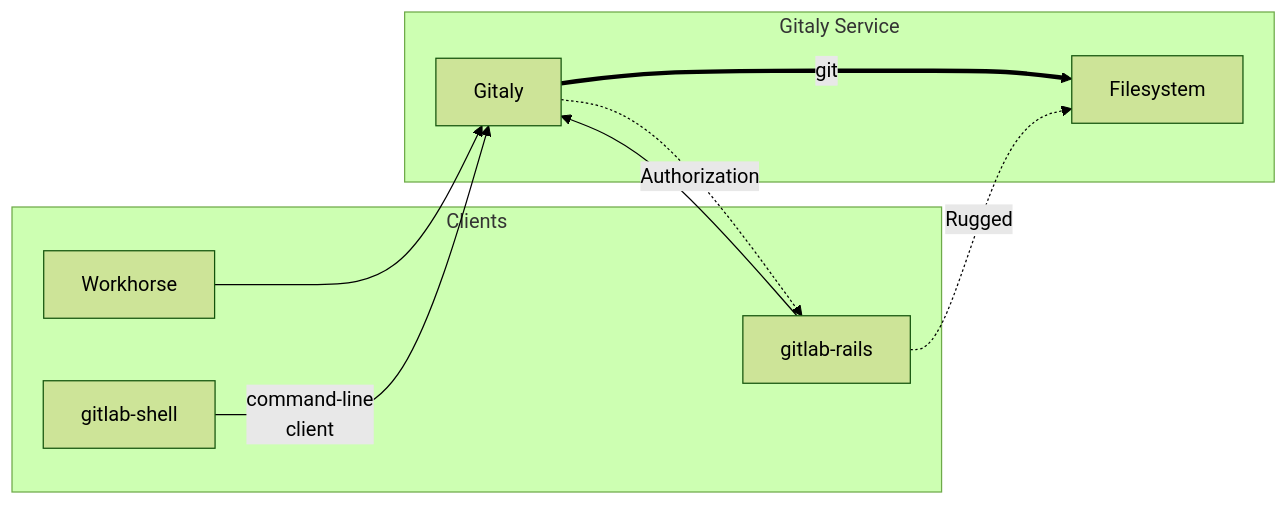
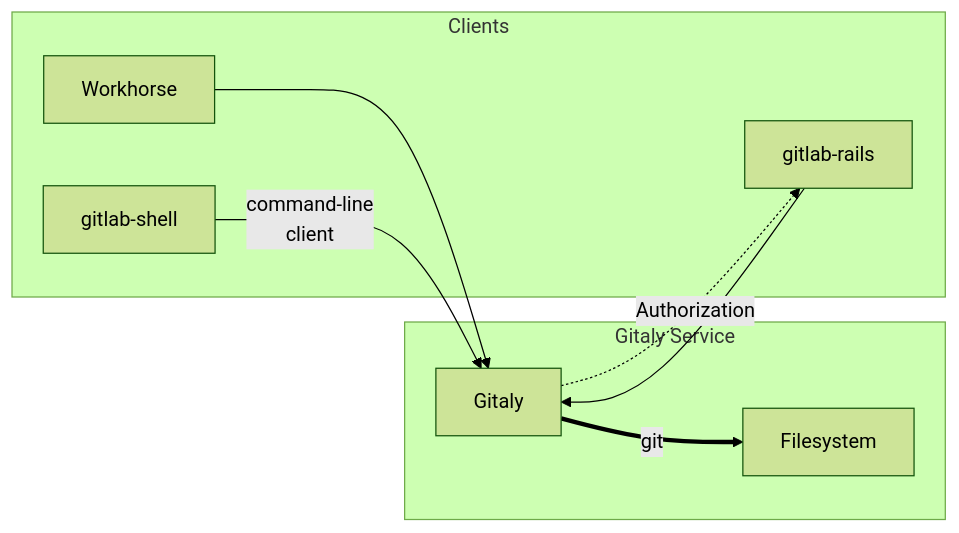
Before and after one commit to qeesung/gitaly: the first of 2 diagrams in README.md, drawn with Mermaid (forest theme). The commit also changed other lines of this file, not shown here.

Commit message:
Remove references to Rugged in README.md

````diff
--- a/README.md
+++ b/README.md
@@ -56,16 +56,14 @@
 ```mermaid
 graph LR
 
   subgraph "Gitaly Service"
   Gitaly == git ==> Filesystem
   end
 
   subgraph "Clients"
     Rails[gitlab-rails] --> Gitaly
     Workhorse --> Gitaly
     Shell[gitlab-shell] -- command-line\nclient --> Gitaly
     Gitaly -. Authorization .-> Rails
   end
-
-  Rails -. Rugged .-> Filesystem
 ```
````
